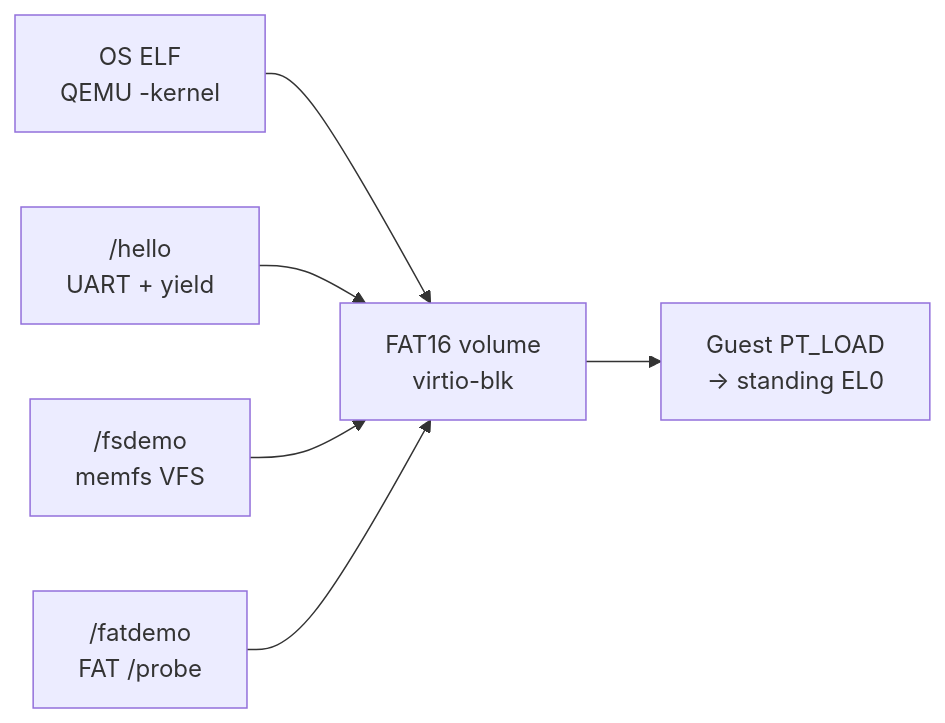
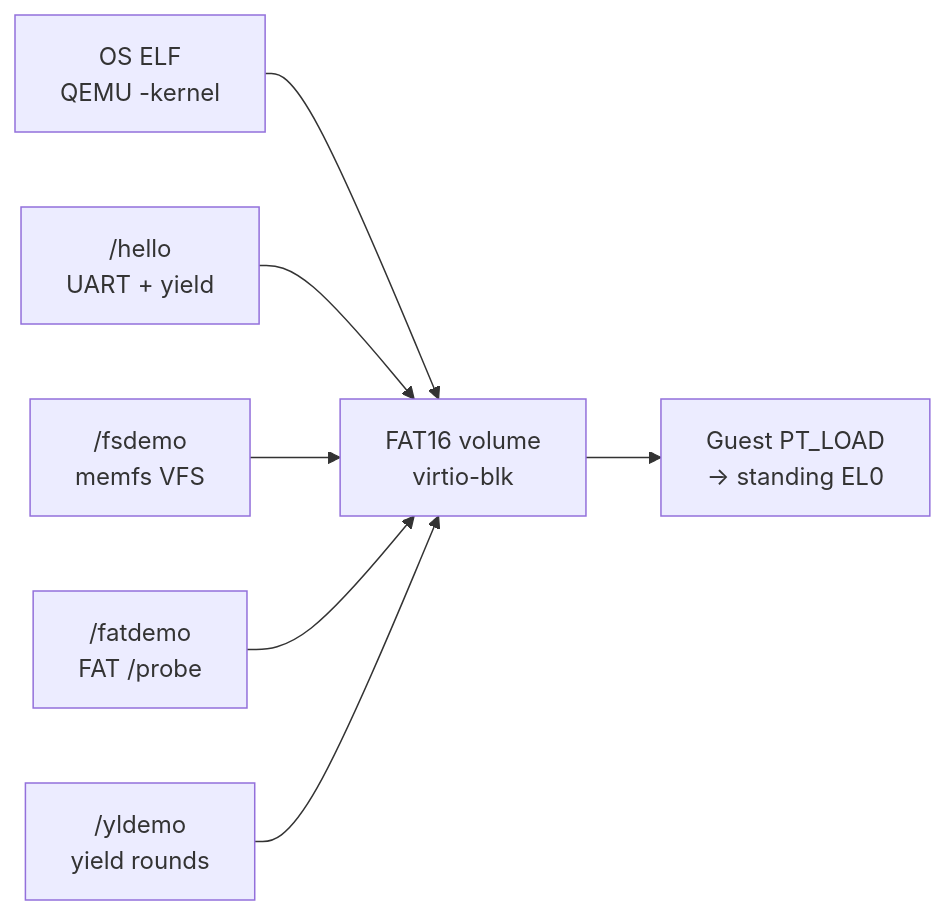
The fourth of 5 diagrams in docs/02-architecture/technical-architecture.md (artofdream/ctos), drawn with Mermaid before and after one commit. The commit also changed other lines of this file and 26 other files, not shown here.

````diff
--- a/docs/02-architecture/technical-architecture.md
+++ b/docs/02-architecture/technical-architecture.md
@@ -74,8 +74,9 @@
 ```mermaid
 flowchart LR
   OS["OS ELF<br/>QEMU -kernel"] --> FAT["FAT16 volume<br/>virtio-blk"]
   H["/hello<br/>UART + yield"] --> FAT
   F["/fsdemo<br/>memfs VFS"] --> FAT
   D["/fatdemo<br/>FAT /probe"] --> FAT
+  Y["/yldemo<br/>yield rounds"] --> FAT
   FAT --> LOAD["Guest PT_LOAD<br/>→ standing EL0"]
 ```
````
